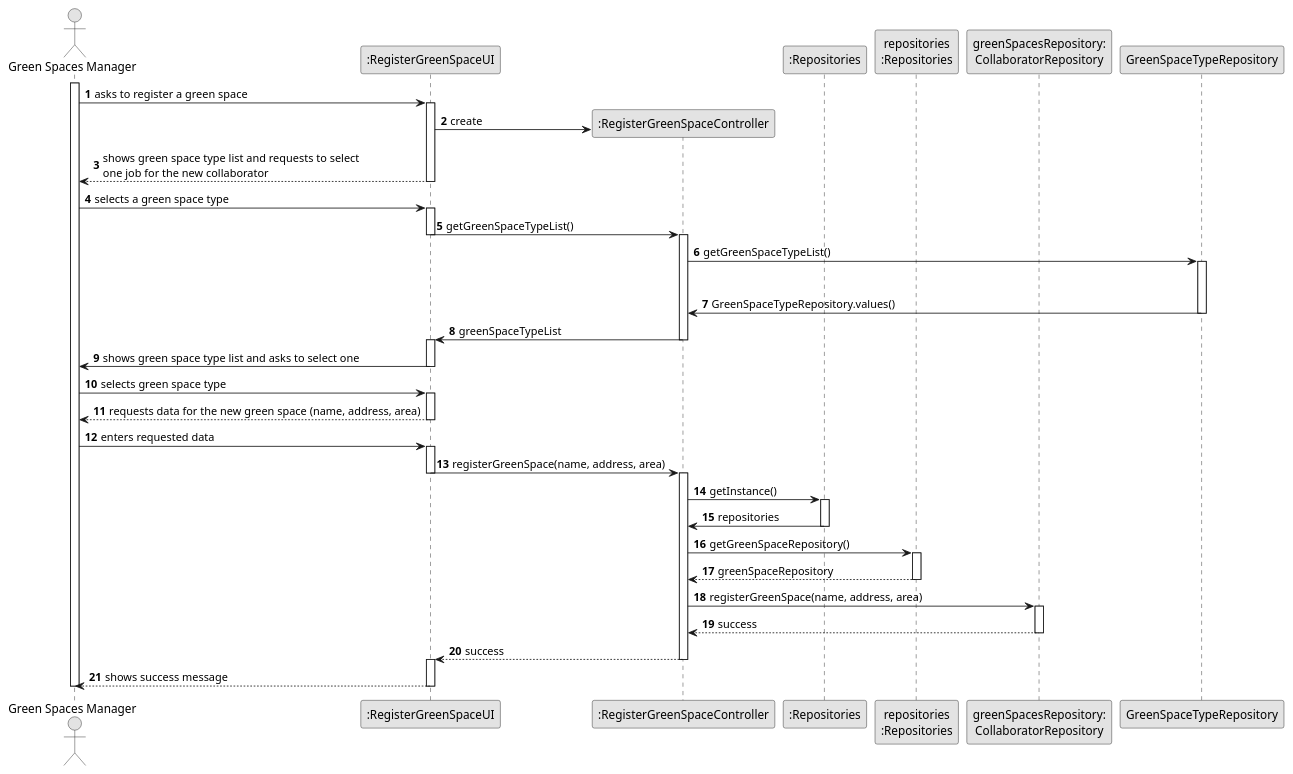
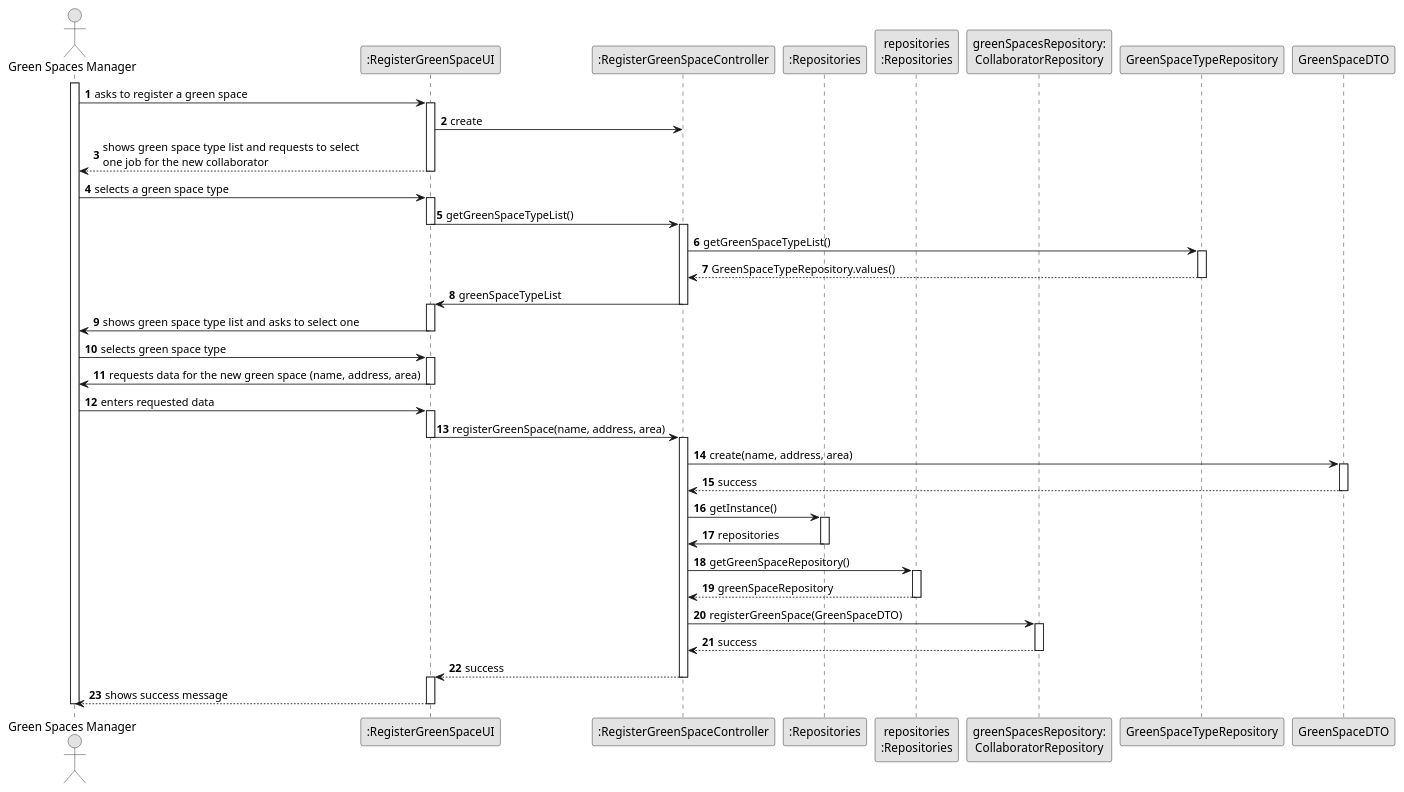
The diagram in docs/sprintC/us020/03.design/puml/us020-sequence-diagram-full.puml (Departamento-de-Engenharia-Informatica/lei-24-s2-1do-g164), drawn with PlantUML before and after one commit.

Commit message:
US20(docs): small change, implementation of dto

```diff
--- a/docs/sprintC/us020/03.design/puml/us020-sequence-diagram-full.puml
+++ b/docs/sprintC/us020/03.design/puml/us020-sequence-diagram-full.puml
@@ -1,89 +1,86 @@
 @startuml
 skinparam monochrome true
 skinparam packageStyle rectangle
-    skinparam shadowing false
+skinparam shadowing false
 
-    autonumber
+autonumber
 
-    'hide footbox
-    actor "Green Spaces Manager" as HRM
-    participant ":RegisterGreenSpaceUI" as UI
-    participant ":RegisterGreenSpaceController" as CTRL
-    participant ":Repositories" as RepositorySingleton
-    participant "repositories\n:Repositories" as PLAT
-    participant "greenSpacesRepository:\nCollaboratorRepository" as collaboratorRepository
-    participant "GreenSpaceTypeRepository" as DocumentTypeRepository
-    activate HRM
+'hide footbox
+actor "Green Spaces Manager" as HRM
+participant ":RegisterGreenSpaceUI" as UI
+participant ":RegisterGreenSpaceController" as CTRL
+participant ":Repositories" as RepositorySingleton
+participant "repositories\n:Repositories" as PLAT
+participant "greenSpacesRepository:\nCollaboratorRepository" as collaboratorRepository
+participant "GreenSpaceTypeRepository" as DocumentTypeRepository
+participant "GreenSpaceDTO" as GreenSpaceDTO
+activate HRM
 
-            HRM -> UI : asks to register a green space
-            activate UI
+    HRM -> UI : asks to register a green space
+    activate UI
+
+    UI -> CTRL : create
+
+    UI --> HRM : shows green space type list and requests to select \none job for the new collaborator
+    deactivate UI
+
+    HRM -> UI : selects a green space type
+    activate UI
+    UI -> CTRL : getGreenSpaceTypeList()
+    deactivate UI
+    activate CTRL
+    CTRL -> DocumentTypeRepository : getGreenSpaceTypeList()
+
+    activate DocumentTypeRepository
+    DocumentTypeRepository --> CTRL : GreenSpaceTypeRepository.values()
+    deactivate DocumentTypeRepository
+    CTRL -> UI : greenSpaceTypeList
+
+    deactivate CTRL
+    activate UI
+
+    UI -> HRM : shows green space type list and asks to select one
+    deactivate UI
+    HRM -> UI : selects green space type
+    activate UI
+    UI -> HRM : requests data for the new green space (name, address, area)
+    deactivate UI
+    HRM -> UI : enters requested data
+    activate UI
 
 
-    '            UI --> ADM : requests data (reference, description,  informal \n description, technical description, duration, cost)
-                'create CTRL
-                UI -> CTRL** : create
+    UI -> CTRL : registerGreenSpace(name, address, area)
+    deactivate UI
+    activate CTRL
+    ' Use GreenSpaceDTO to encapsulate data
+    CTRL -> GreenSpaceDTO : create(name, address, area)
+    activate GreenSpaceDTO
+    GreenSpaceDTO --> CTRL : success
+    deactivate GreenSpaceDTO
+    CTRL -> RepositorySingleton : getInstance()
+    activate RepositorySingleton
+    RepositorySingleton -> CTRL : repositories
+    deactivate RepositorySingleton
 
+    CTRL -> PLAT : getGreenSpaceRepository()
+    activate PLAT
+    PLAT --> CTRL : greenSpaceRepository
+    deactivate PLAT
 
+    ' Pass GreenSpaceDTO to the repository
+    CTRL -> collaboratorRepository : registerGreenSpace(GreenSpaceDTO)
+    activate collaboratorRepository
 
-                UI --> HRM : shows green space type list and requests to select \none job for the new collaborator
-            deactivate UI
+    collaboratorRepository --> CTRL : success
 
-        HRM -> UI : selects a green space type
-        activate UI
-        UI -> CTRL : getGreenSpaceTypeList()
-                deactivate UI
-                activate CTRL
-                CTRL -> DocumentTypeRepository : getGreenSpaceTypeList()
+    deactivate collaboratorRepository
+    CTRL --> UI : success
+    deactivate CTRL
+    activate UI
 
-                activate "DocumentTypeRepository"
-                deactivate UI
-                DocumentTypeRepository -> CTRL : GreenSpaceTypeRepository.values()
-                deactivate DocumentTypeRepository
-                        CTRL -> UI : greenSpaceTypeList
+    UI --> HRM : shows success message
+    deactivate UI
 
-                deactivate CTRL
-                activate UI
-
-                UI -> HRM : shows green space type list and asks to select one
-                deactivate UI
-                HRM -> UI : selects green space type
-                activate UI
-        HRM <-- UI : requests data for the new green space (name, address, area)
-        deactivate UI
-        HRM -> UI : enters requested data
-        activate UI
-
-
-           UI -> CTRL : registerGreenSpace(name, address, area)
-               deactivate UI
-               activate CTRL
-                 CTRL -> RepositorySingleton : getInstance()
-                 activate RepositorySingleton
-                   RepositorySingleton -> CTRL : repositories
-                 deactivate RepositorySingleton
-
-                 CTRL -> PLAT : getGreenSpaceRepository()
-                 activate PLAT
-                   PLAT --> CTRL : greenSpaceRepository
-                 deactivate PLAT
-
-                 CTRL -> collaboratorRepository : registerGreenSpace(name, address, area)
-                 activate collaboratorRepository
-
-
-                   collaboratorRepository --> CTRL : success
-
-
-                 deactivate collaboratorRepository
-                 CTRL --> UI : success
-                    deactivate CTRL
-                 activate UI
-               deactivate CTRL
-
-              UI --> HRM : shows success message
-                          deactivate UI
-
-
-    deactivate HRM
+deactivate HRM
 
 @enduml
```
